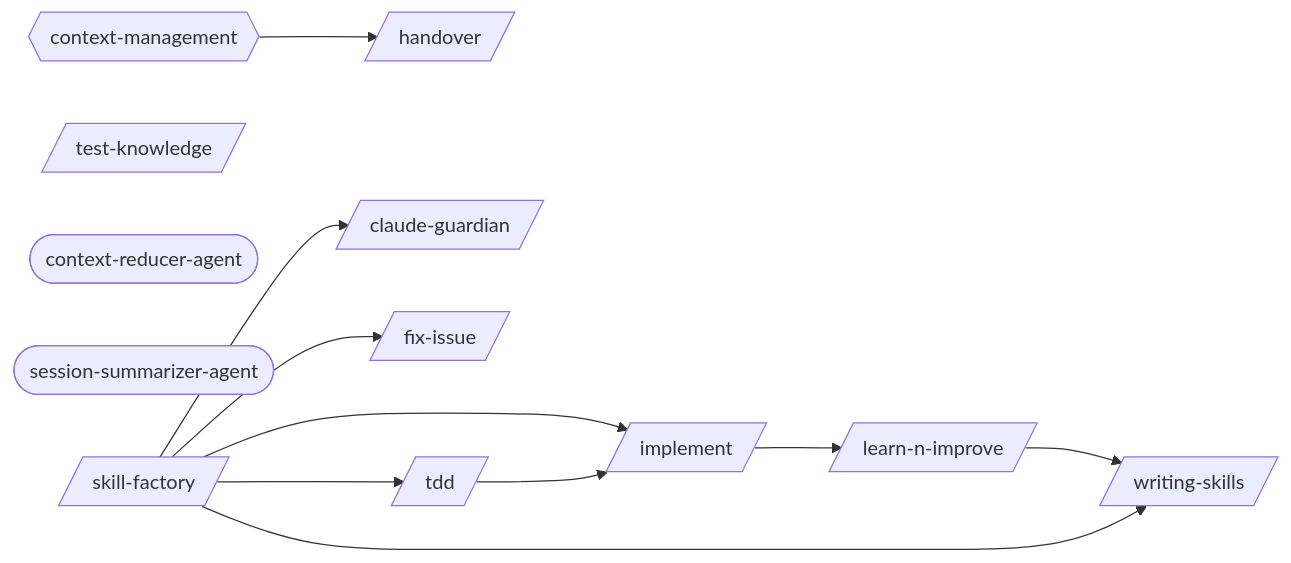
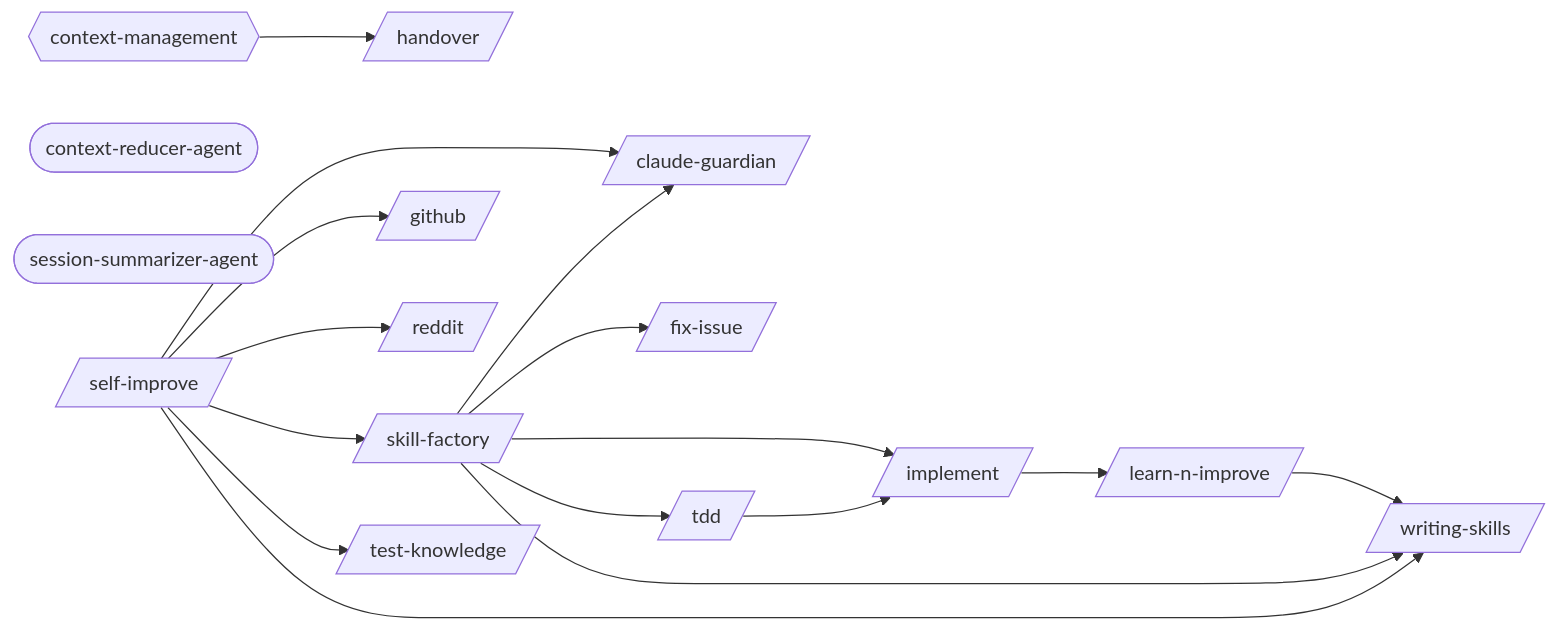
One commit to abhayla/claude-best-practices changed the first of 2 diagrams in docs/workflows/learning-self-improvement.md. Above: the diagram before and after it, drawn with Mermaid. The commit also changed other lines of this file and 12 other files, not shown here.

First line of the commit message:
feat: Phase 5 — /self-improve skill and knowledge expansion

````diff
--- a/docs/workflows/learning-self-improvement.md
+++ b/docs/workflows/learning-self-improvement.md
@@ -9,24 +9,33 @@
 ```mermaid
 graph LR
     claude_guardian[/claude-guardian/]
     fix_issue[/fix-issue/]
+    github[/github/]
     handover[/handover/]
     implement[/implement/]
     learn_n_improve[/learn-n-improve/]
+    reddit[/reddit/]
+    self_improve[/self-improve/]
     skill_factory[/skill-factory/]
     tdd[/tdd/]
     test_knowledge[/test-knowledge/]
     writing_skills[/writing-skills/]
     context_reducer_agent([context-reducer-agent])
     session_summarizer_agent([session-summarizer-agent])
     context_management{{context-management}}
     implement --> learn_n_improve
     learn_n_improve --> writing_skills
     skill_factory --> claude_guardian
     skill_factory --> fix_issue
     skill_factory --> implement
     skill_factory --> tdd
     skill_factory --> writing_skills
     tdd --> implement
+    self_improve --> claude_guardian
+    self_improve --> github
+    self_improve --> reddit
+    self_improve --> skill_factory
+    self_improve --> test_knowledge
+    self_improve --> writing_skills
     context_management --> handover
 ```
````
